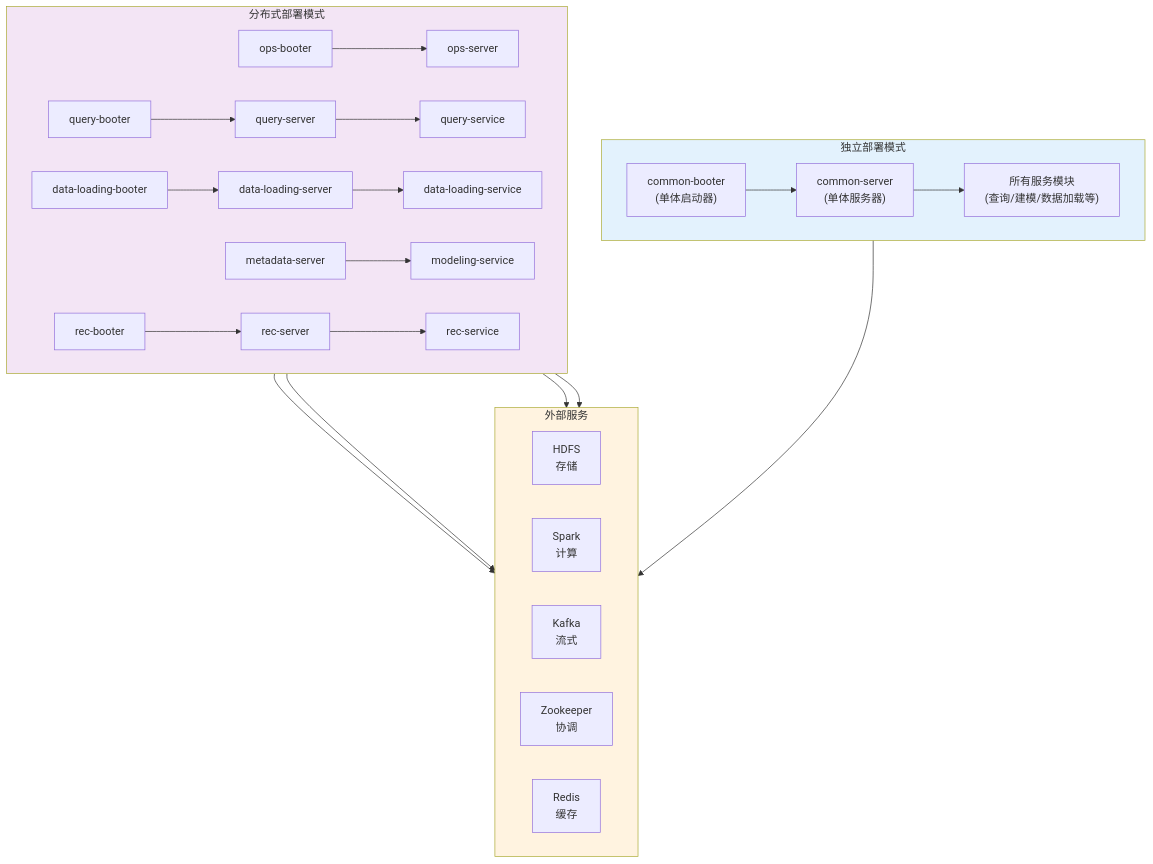
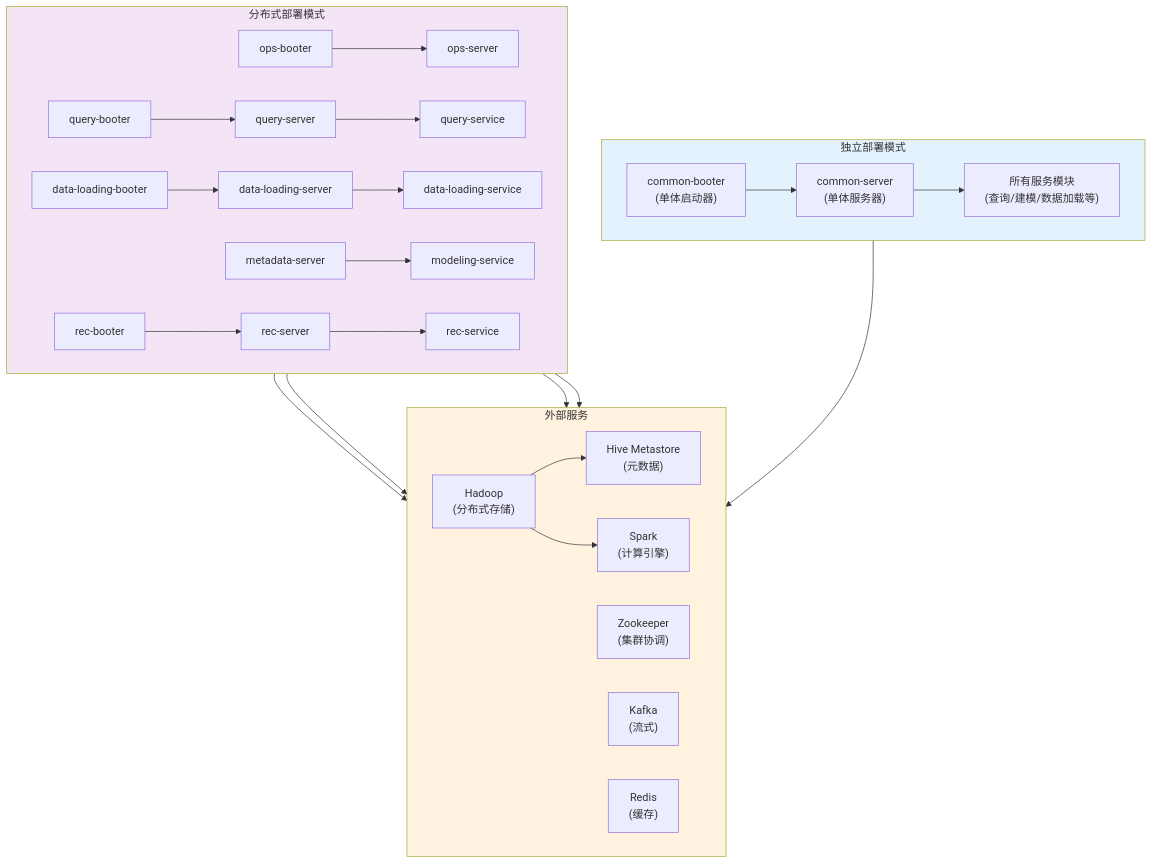
Before and after one commit to insomniacdoll/kylin: the third of 3 diagrams in doc/architecture.md, drawn with Mermaid. The commit also changed other lines of this file, not shown here.

Commit message:
add architecture.md and user-workflow.md

````diff
--- a/doc/architecture.md
+++ b/doc/architecture.md
@@ -301,60 +304,64 @@
 ```mermaid
 graph TB
     subgraph Standalone["独立部署模式"]
         direction LR
         Booter1["common-booter<br/>(单体启动器)"]
         Server1["common-server<br/>(单体服务器)"]
         AllServices["所有服务模块<br/>(查询/建模/数据加载等)"]
 
         Booter1 --> Server1
         Server1 --> AllServices
     end
 
     subgraph Distributed["分布式部署模式"]
         direction LR
         QueryBooter["query-booter"]
         DataLoadingBooter["data-loading-booter"]
         OpsBooter["ops-booter"]
         RecBooter["rec-booter"]
 
         QueryServer["query-server"]
         DataLoadingServer["data-loading-server"]
         MetadataServer["metadata-server"]
         OpsServer["ops-server"]
         RecServer["rec-server"]
 
         QueryService["query-service"]
         DataLoadingService["data-loading-service"]
         ModelingService["modeling-service"]
         RecService["rec-service"]
 
         QueryBooter --> QueryServer
         DataLoadingBooter --> DataLoadingServer
         OpsBooter --> OpsServer
         RecBooter --> RecServer
 
         QueryServer --> QueryService
         DataLoadingServer --> DataLoadingService
         MetadataServer --> ModelingService
         RecServer --> RecService
     end
 
     subgraph External["外部服务"]
         direction LR
-        HDFS["HDFS<br/>存储"]
-        Spark["Spark<br/>计算"]
-        Kafka["Kafka<br/>流式"]
-        Zookeeper["Zookeeper<br/>协调"]
-        Redis["Redis<br/>缓存"]
+        Hadoop["Hadoop<br/>(分布式存储)"]
+        HiveMetastore["Hive Metastore<br/>(元数据)"]
+        Spark["Spark<br/>(计算引擎)"]
+        Zookeeper["Zookeeper<br/>(集群协调)"]
+        Kafka["Kafka<br/>(流式)"]
+        Redis["Redis<br/>(缓存)"]
+
+        Hadoop --> HiveMetastore
+        Hadoop --> Spark
     end
 
     AllServices --> External
     QueryService --> External
     DataLoadingService --> External
     ModelingService --> External
     RecService --> External
 
     style Standalone fill:#e3f2fd
     style Distributed fill:#f3e5f5
     style External fill:#fff3e0
 ```
````
